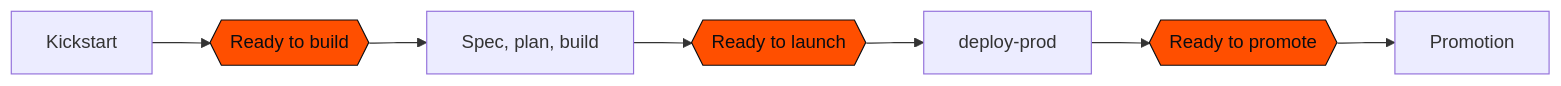
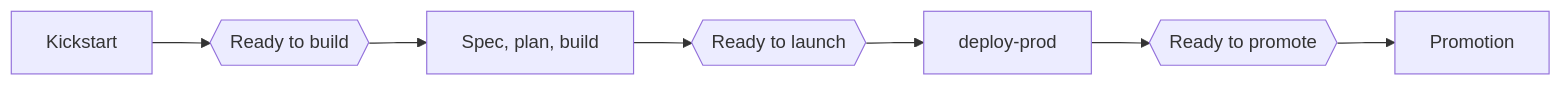
One commit to ouroboric-dev/ouroboric changed the diagram in docs/assets/diagrams/readiness-levels.mmd. Above: the diagram before and after it, drawn with Mermaid. The commit also changed 26 other files, not shown here.

First line of the commit message:
brand: diagrams in the token palette and Inter, light and dark

```diff
--- a/docs/assets/diagrams/readiness-levels.mmd
+++ b/docs/assets/diagrams/readiness-levels.mmd
@@ -1,4 +1,3 @@
 flowchart LR
   K[Kickstart] --> RB{{Ready to build}} --> B[Spec, plan, build] --> RL{{Ready to launch}} --> D[deploy-prod] --> RP{{Ready to promote}} --> P[Promotion]
-  classDef gate fill:#FF4F00,color:#0B0D12,stroke:#0B0D12
   class RB,RL,RP gate
```
